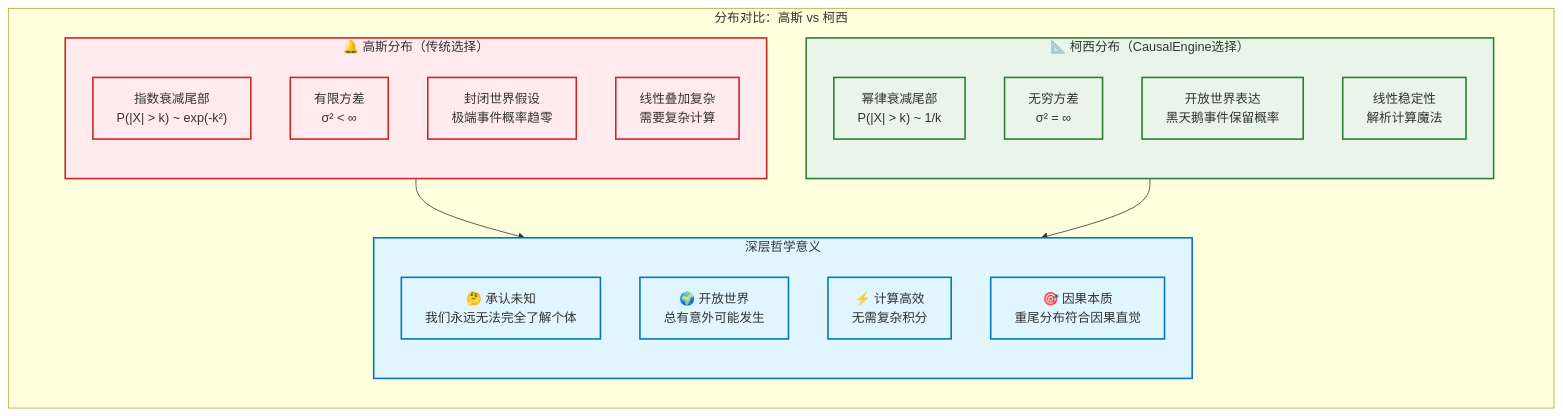
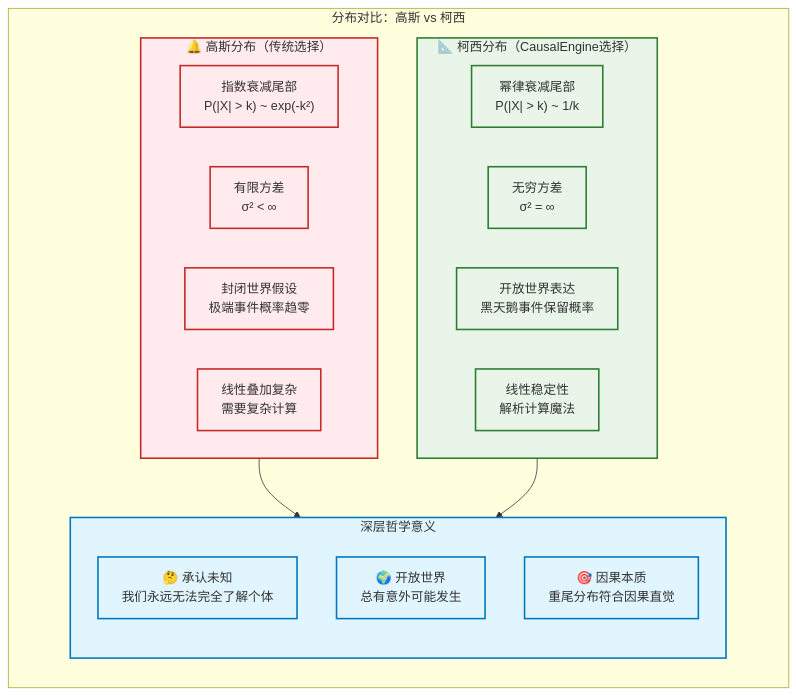
The sixth of 8 diagrams in causal_engine/MATHEMATICAL_FOUNDATIONS_CN.md (1587causalai/CausalQwen), drawn with Mermaid before and after one commit. The commit also changed other lines of this file and 2 other files, not shown here.

````diff
--- a/causal_engine/MATHEMATICAL_FOUNDATIONS_CN.md
+++ b/causal_engine/MATHEMATICAL_FOUNDATIONS_CN.md
@@ -422,41 +395,40 @@
 ```mermaid
 graph TB
     subgraph Comparison["分布对比：高斯 vs 柯西"]
         direction TB
         
         subgraph Gaussian["🔔 高斯分布（传统选择）"]
-            direction TB
+            direction LR
             G1["指数衰减尾部<br/>P(|X| > k) ~ exp(-k²)"]
             G2["有限方差<br/>σ² < ∞"]
             G3["封闭世界假设<br/>极端事件概率趋零"]
             G4["线性叠加复杂<br/>需要复杂计算"]
         end
         
         subgraph Cauchy["📐 柯西分布（CausalEngine选择）"]
-            direction TB
+            direction LR
             C1["幂律衰减尾部<br/>P(|X| > k) ~ 1/k"]
             C2["无穷方差<br/>σ² = ∞"]
             C3["开放世界表达<br/>黑天鹅事件保留概率"]
             C4["线性稳定性<br/>解析计算魔法"]
         end
         
         subgraph Philosophy["深层哲学意义"]
             direction TB
             P1["🤔 承认未知<br/>我们永远无法完全了解个体"]
             P2["🌍 开放世界<br/>总有意外可能发生"]
-            P3["⚡ 计算高效<br/>无需复杂积分"]
-            P4["🎯 因果本质<br/>重尾分布符合因果直觉"]
+            P3["🎯 因果本质<br/>重尾分布符合因果直觉"]
         end
     end
     
     Gaussian --> Philosophy
     Cauchy --> Philosophy
     
     classDef gaussianStyle fill:#ffebee,stroke:#c62828,stroke-width:2px
     classDef cauchyStyle fill:#e8f5e8,stroke:#2e7d32,stroke-width:2px
     classDef philosophyStyle fill:#e1f5fe,stroke:#0277bd,stroke-width:2px
     
     class Gaussian,G1,G2,G3,G4 gaussianStyle
     class Cauchy,C1,C2,C3,C4 cauchyStyle
-    class Philosophy,P1,P2,P3,P4 philosophyStyle
+    class Philosophy,P1,P2,P3 philosophyStyle
 ```
````
